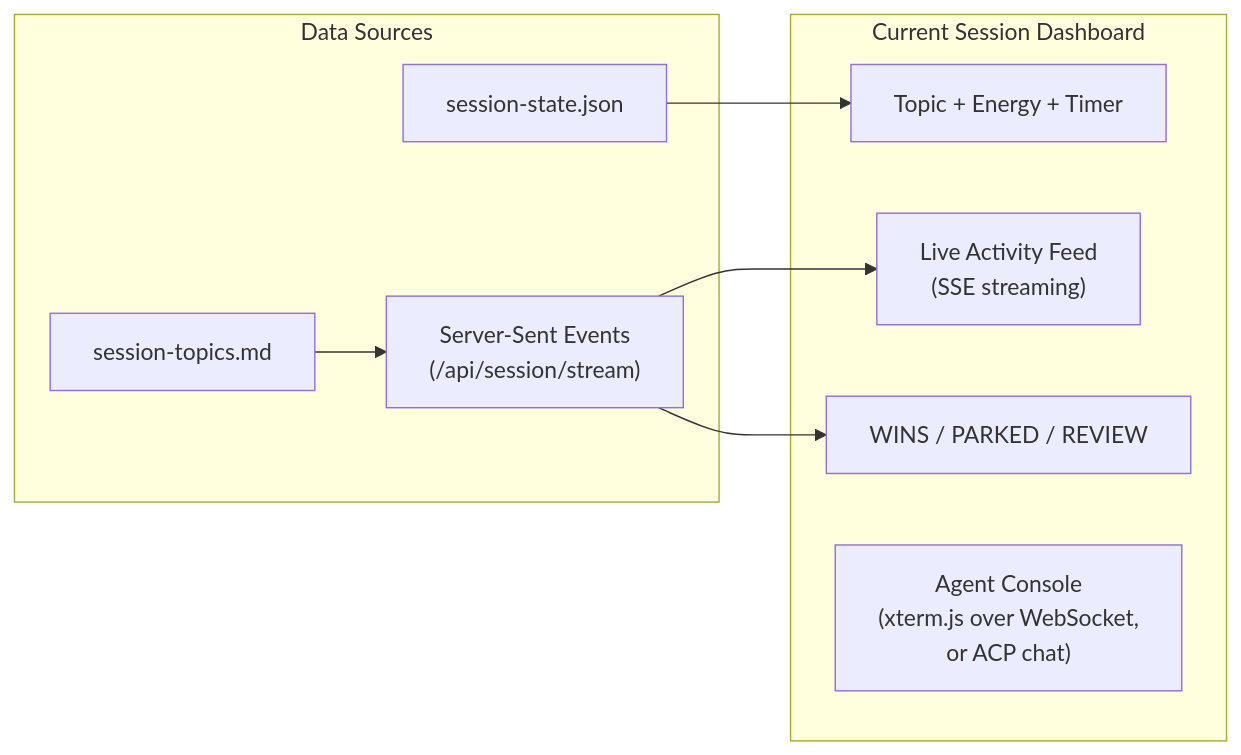
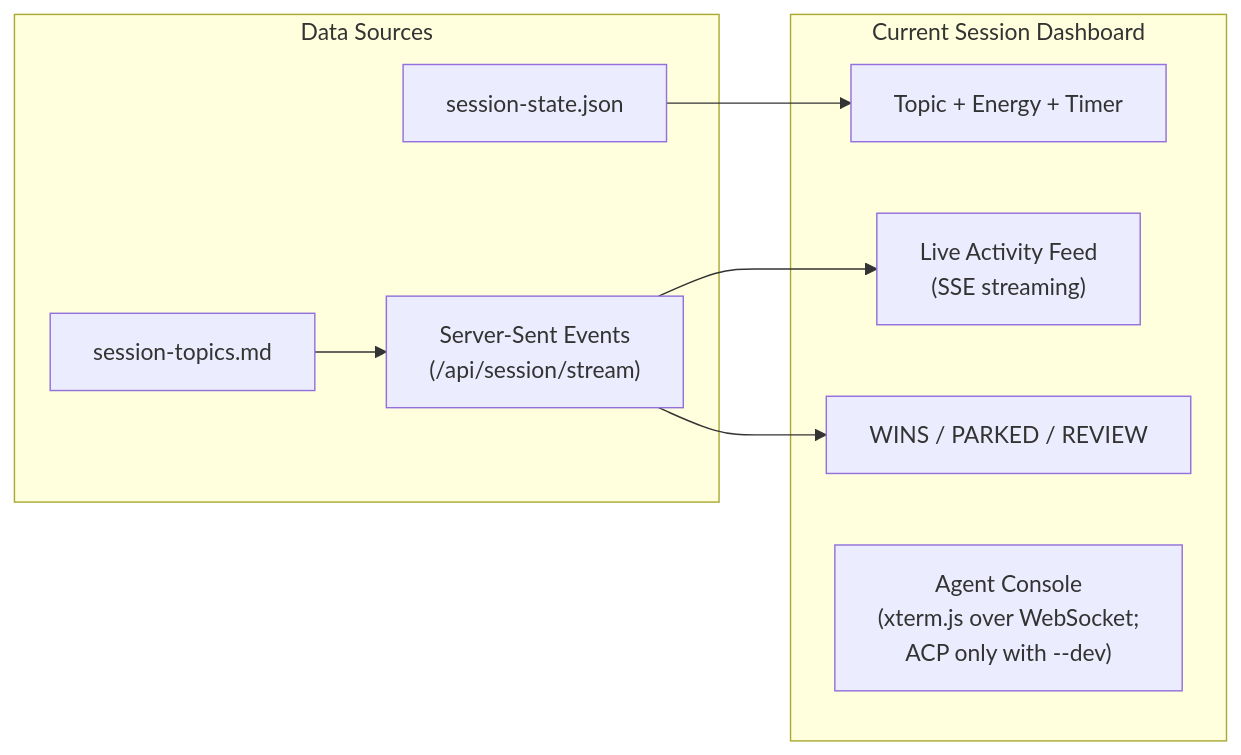
The fifth of 9 diagrams in docs/web-ui-guide.md (NetDevAutomate/StudyLoop), drawn with Mermaid before and after one commit. The commit also changed other lines of this file and 31 other files, not shown here.

Commit message:
Gate ACP behind dev mode and verify PTY harnesses

````diff
--- a/docs/web-ui-guide.md
+++ b/docs/web-ui-guide.md
@@ -318,20 +318,20 @@
 ```mermaid
 graph LR
     subgraph "Current Session Dashboard"
         META["Topic + Energy + Timer"]
         FEED["Live Activity Feed<br/>(SSE streaming)"]
         COUNTERS["WINS / PARKED / REVIEW"]
-        TERM["Agent Console<br/>(xterm.js over WebSocket,<br/>or ACP chat)"]
+        TERM["Agent Console<br/>(xterm.js over WebSocket;<br/>ACP only with --dev)"]
     end
 
     subgraph "Data Sources"
         SSE["Server-Sent Events<br/>(/api/session/stream)"]
         STATE["session-state.json"]
         IPC["session-topics.md"]
     end
 
     STATE --> META
     SSE --> FEED
     SSE --> COUNTERS
     IPC --> SSE
 ```
````
